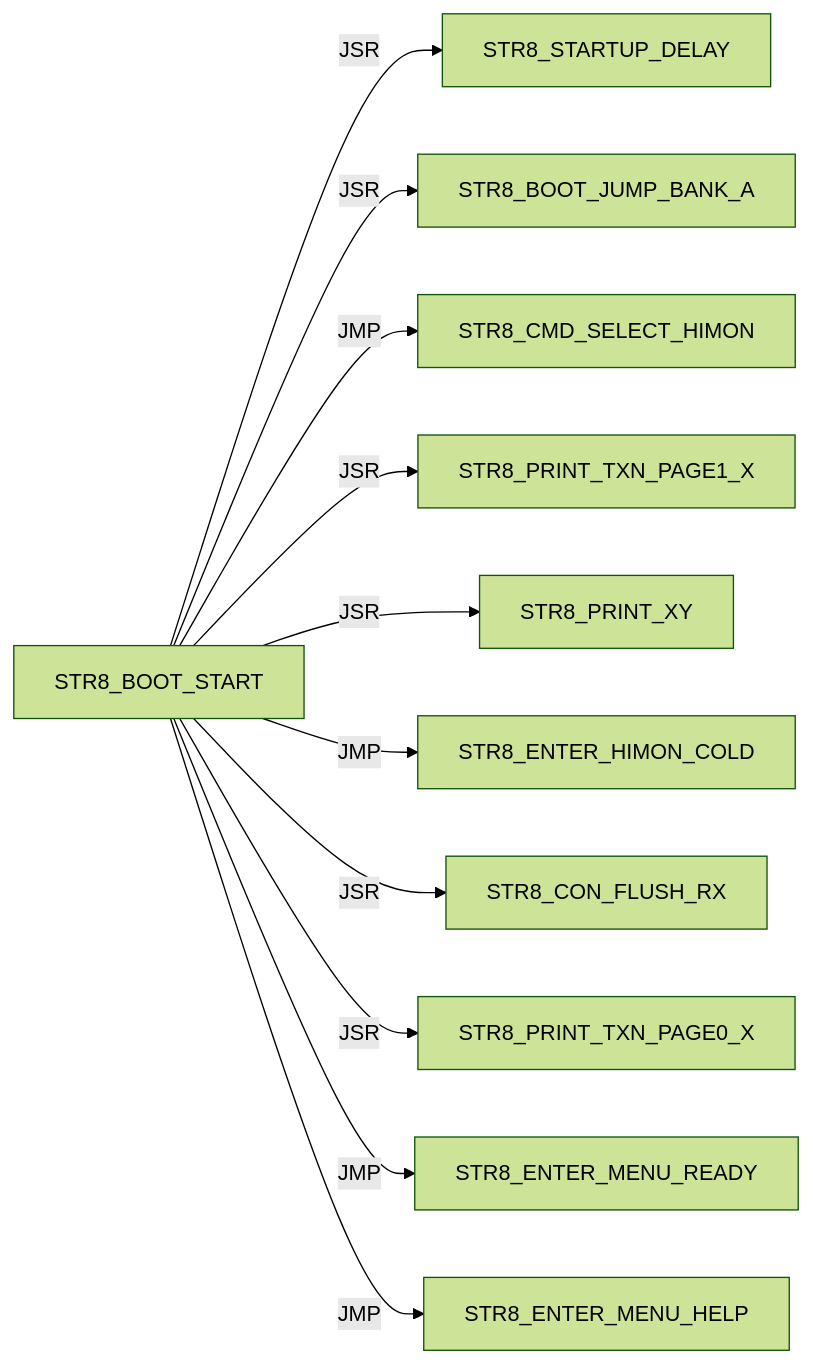
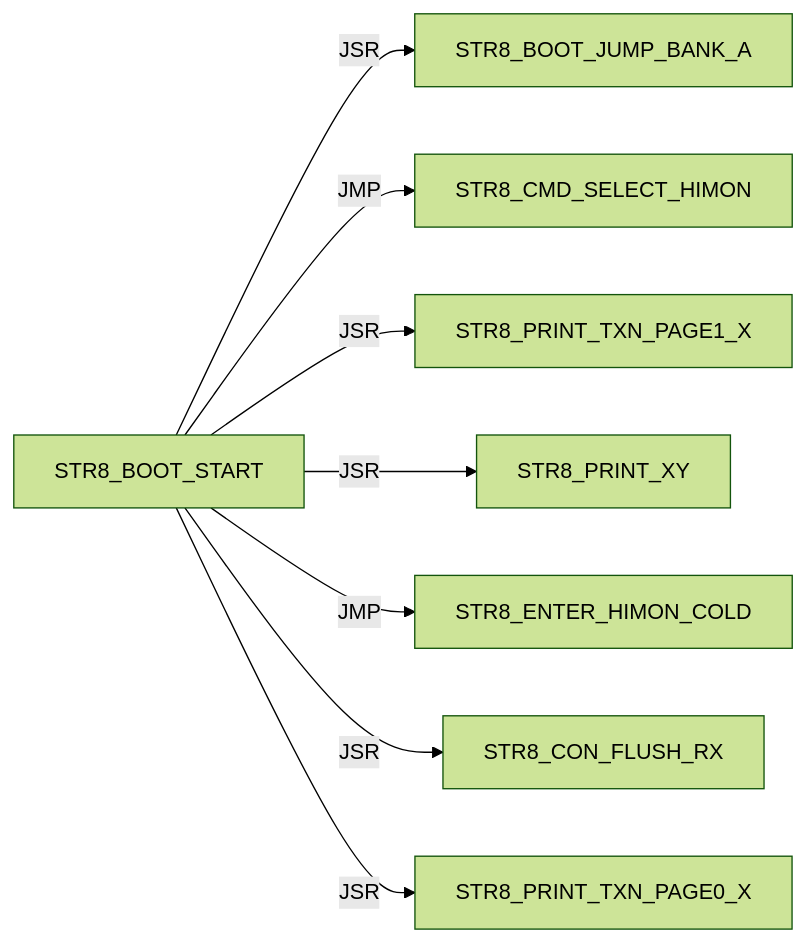
The seventh of 41 diagrams in DOC/GUIDES/STR8/STR8_EDGE_DUMP.md (95westus/R-YORS), drawn with Mermaid (forest theme) before and after one commit. The commit also changed other lines of this file and 17 other files, not shown here.

````diff
--- a/DOC/GUIDES/STR8/STR8_EDGE_DUMP.md
+++ b/DOC/GUIDES/STR8/STR8_EDGE_DUMP.md
@@ -113,13 +113,10 @@
 ```mermaid
 flowchart LR
-    N0["STR8_BOOT_START"] -->|JSR| N1["STR8_STARTUP_DELAY"]
-    N0["STR8_BOOT_START"] -->|JSR| N2["STR8_BOOT_JUMP_BANK_A"]
-    N0["STR8_BOOT_START"] -->|JMP| N3["STR8_CMD_SELECT_HIMON"]
-    N0["STR8_BOOT_START"] -->|JSR| N4["STR8_PRINT_TXN_PAGE1_X"]
-    N0["STR8_BOOT_START"] -->|JSR| N5["STR8_PRINT_XY"]
-    N0["STR8_BOOT_START"] -->|JMP| N6["STR8_ENTER_HIMON_COLD"]
-    N0["STR8_BOOT_START"] -->|JSR| N7["STR8_CON_FLUSH_RX"]
-    N0["STR8_BOOT_START"] -->|JSR| N8["STR8_PRINT_TXN_PAGE0_X"]
-    N0["STR8_BOOT_START"] -->|JMP| N9["STR8_ENTER_MENU_READY"]
-    N0["STR8_BOOT_START"] -->|JMP| N10["STR8_ENTER_MENU_HELP"]
+    N0["STR8_BOOT_START"] -->|JSR| N1["STR8_BOOT_JUMP_BANK_A"]
+    N0["STR8_BOOT_START"] -->|JMP| N2["STR8_CMD_SELECT_HIMON"]
+    N0["STR8_BOOT_START"] -->|JSR| N3["STR8_PRINT_TXN_PAGE1_X"]
+    N0["STR8_BOOT_START"] -->|JSR| N4["STR8_PRINT_XY"]
+    N0["STR8_BOOT_START"] -->|JMP| N5["STR8_ENTER_HIMON_COLD"]
+    N0["STR8_BOOT_START"] -->|JSR| N6["STR8_CON_FLUSH_RX"]
+    N0["STR8_BOOT_START"] -->|JSR| N7["STR8_PRINT_TXN_PAGE0_X"]
 ```
````
